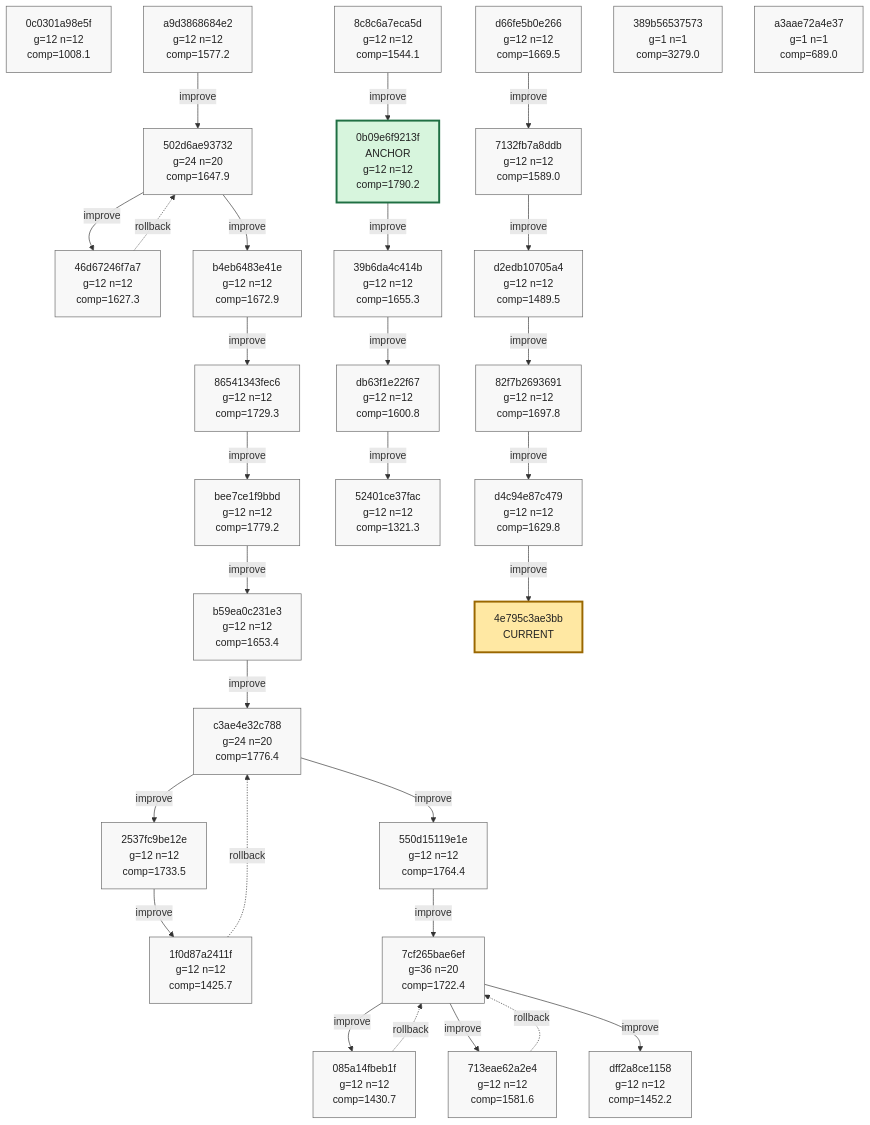
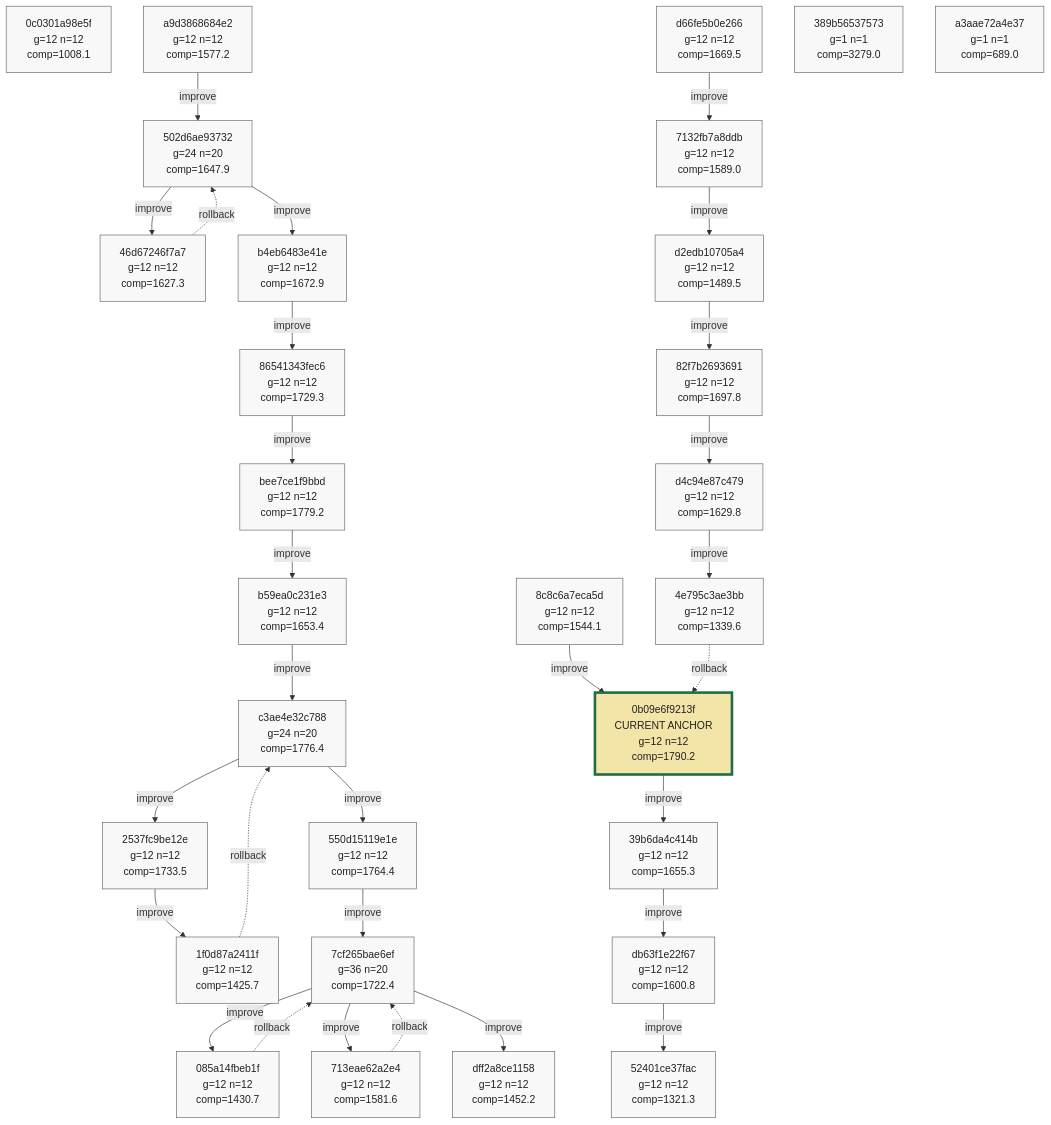
One commit to azumag/soviet_now changed the tenth of 10 diagrams in phyrogenetic-tree.md. Above: the diagram before and after it, drawn with Mermaid. The commit also changed other lines of this file and 2 other files, not shown here.

````diff
--- a/phyrogenetic-tree.md
+++ b/phyrogenetic-tree.md
@@ -2551,7 +2552,7 @@
     h_713eae62a2e4["713eae62a2e4<br/>g=12 n=12<br/>comp=1581.6"]
     h_dff2a8ce1158["dff2a8ce1158<br/>g=12 n=12<br/>comp=1452.2"]
     h_8c8c6a7eca5d["8c8c6a7eca5d<br/>g=12 n=12<br/>comp=1544.1"]
-    h_0b09e6f9213f["0b09e6f9213f<br/>ANCHOR<br/>g=12 n=12<br/>comp=1790.2"]
+    h_0b09e6f9213f["0b09e6f9213f<br/>CURRENT ANCHOR<br/>g=12 n=12<br/>comp=1790.2"]
     h_39b6da4c414b["39b6da4c414b<br/>g=12 n=12<br/>comp=1655.3"]
     h_db63f1e22f67["db63f1e22f67<br/>g=12 n=12<br/>comp=1600.8"]
     h_52401ce37fac["52401ce37fac<br/>g=12 n=12<br/>comp=1321.3"]
@@ -2560,9 +2561,9 @@
     h_d2edb10705a4["d2edb10705a4<br/>g=12 n=12<br/>comp=1489.5"]
     h_82f7b2693691["82f7b2693691<br/>g=12 n=12<br/>comp=1697.8"]
     h_d4c94e87c479["d4c94e87c479<br/>g=12 n=12<br/>comp=1629.8"]
+    h_4e795c3ae3bb["4e795c3ae3bb<br/>g=12 n=12<br/>comp=1339.6"]
     h_389b56537573["389b56537573<br/>g=1 n=1<br/>comp=3279.0"]
     h_a3aae72a4e37["a3aae72a4e37<br/>g=1 n=1<br/>comp=689.0"]
-    h_4e795c3ae3bb["4e795c3ae3bb<br/>CURRENT"]
 
     h_a9d3868684e2 -->|improve| h_502d6ae93732
     h_502d6ae93732 -->|improve| h_46d67246f7a7
@@ -2591,6 +2592,7 @@
     h_d2edb10705a4 -->|improve| h_82f7b2693691
     h_82f7b2693691 -->|improve| h_d4c94e87c479
     h_d4c94e87c479 -->|improve| h_4e795c3ae3bb
+    h_4e795c3ae3bb -. rollback .-> h_0b09e6f9213f
 
     classDef plain fill:#f8f8f8,stroke:#666,stroke-width:1px,color:#222;
     classDef current fill:#ffe8a3,stroke:#9a6700,stroke-width:3px,color:#222;
@@ -2614,7 +2616,7 @@
     class h_713eae62a2e4 plain;
     class h_dff2a8ce1158 plain;
     class h_8c8c6a7eca5d plain;
-    class h_0b09e6f9213f anchor;
+    class h_0b09e6f9213f current_anchor;
     class h_39b6da4c414b plain;
     class h_db63f1e22f67 plain;
     class h_52401ce37fac plain;
@@ -2623,7 +2625,7 @@
     class h_d2edb10705a4 plain;
     class h_82f7b2693691 plain;
     class h_d4c94e87c479 plain;
+    class h_4e795c3ae3bb plain;
     class h_389b56537573 plain;
     class h_a3aae72a4e37 plain;
-    class h_4e795c3ae3bb current;
 ```
````
